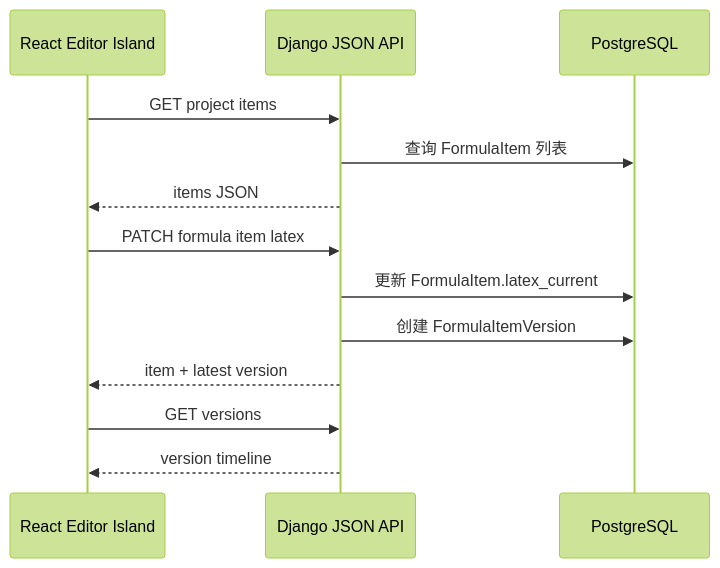
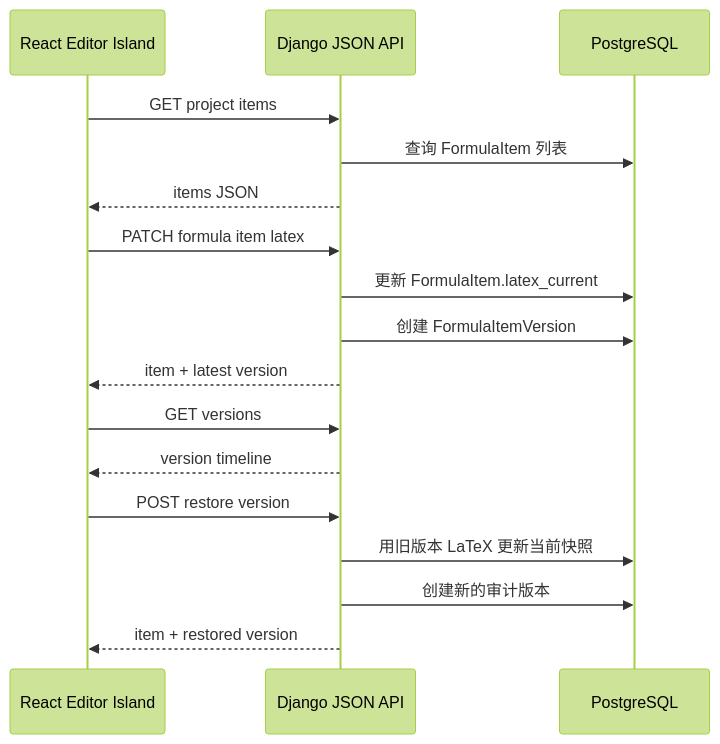
The second of 2 diagrams in plan/03-接口契约与数据流.md (Timcai06/LinuxWeek11-Django-FormulaLab), drawn with Mermaid (forest theme) before and after one commit. The commit also changed other lines of this file and 17 other files, not shown here.

Commit message:
Add formula editor preview and version restore

````diff
--- a/plan/03-接口契约与数据流.md
+++ b/plan/03-接口契约与数据流.md
@@ -173,16 +173,20 @@
 ```mermaid
 sequenceDiagram
     participant Browser as React Editor Island
     participant Django as Django JSON API
     participant DB as PostgreSQL
 
     Browser->>Django: GET project items
     Django->>DB: 查询 FormulaItem 列表
     Django-->>Browser: items JSON
     Browser->>Django: PATCH formula item latex
     Django->>DB: 更新 FormulaItem.latex_current
     Django->>DB: 创建 FormulaItemVersion
     Django-->>Browser: item + latest version
     Browser->>Django: GET versions
     Django-->>Browser: version timeline
+    Browser->>Django: POST restore version
+    Django->>DB: 用旧版本 LaTeX 更新当前快照
+    Django->>DB: 创建新的审计版本
+    Django-->>Browser: item + restored version
 ```
````
